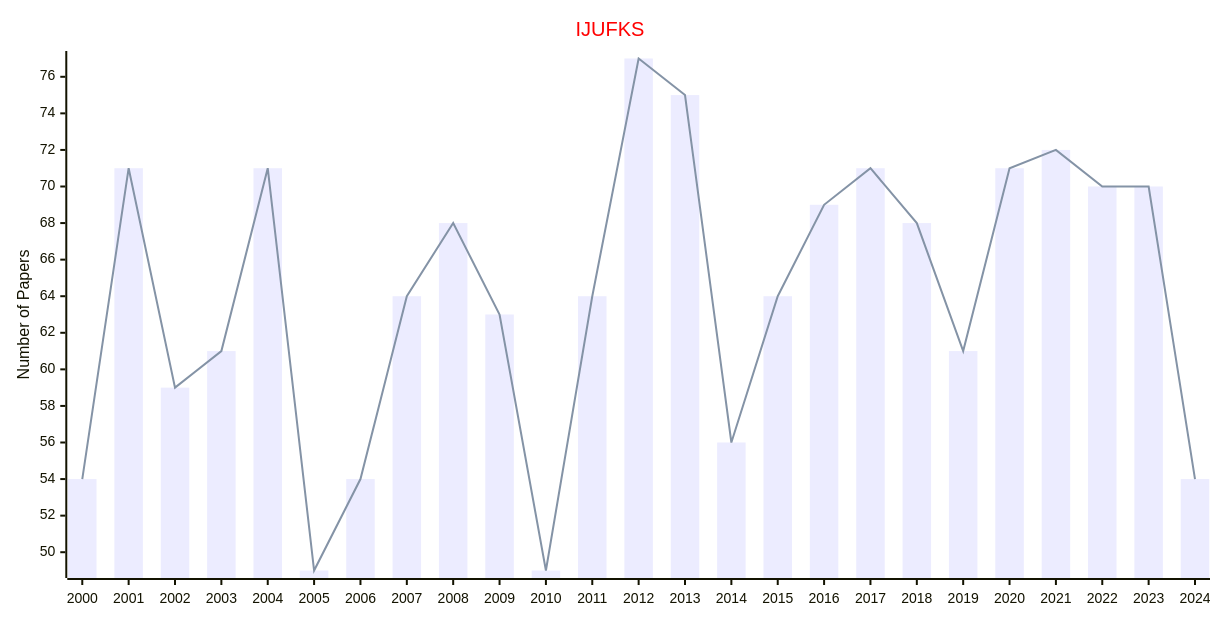
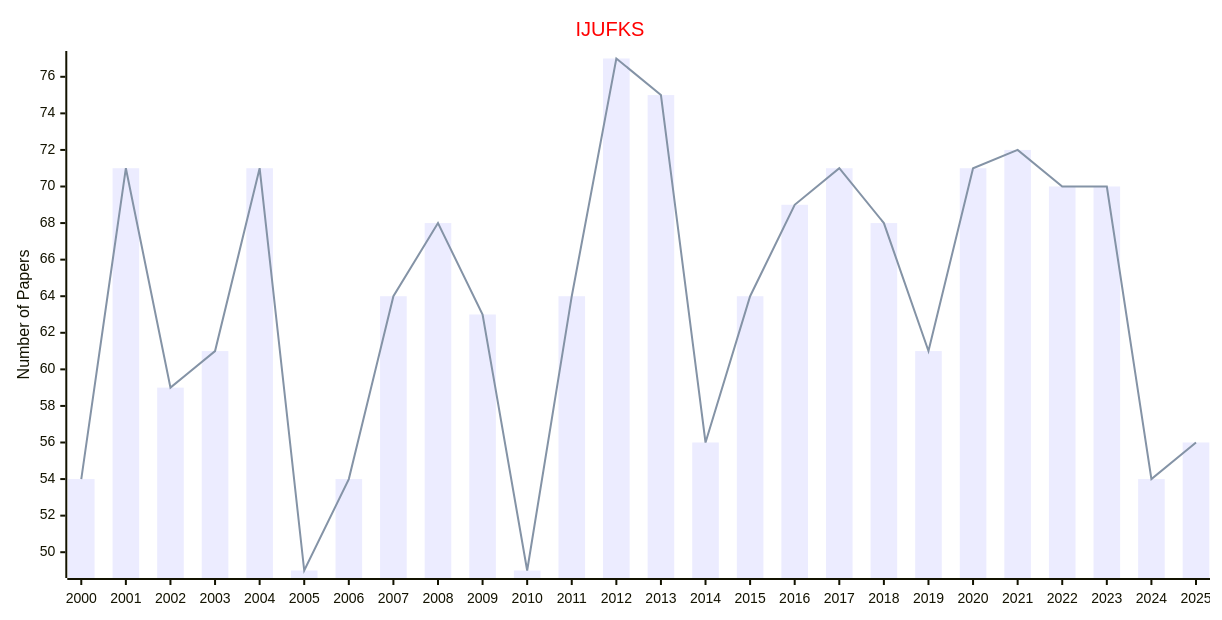
One commit to Easy-PhD/AILinks changed the diagram in docs/data/Journals/Statistics_Journals/Knowledge-Based_Systems.md. Above: the diagram before and after it, drawn with Mermaid. The commit also changed 93 other files, not shown here.

````diff
--- a/docs/data/Journals/Statistics_Journals/Knowledge-Based_Systems.md
+++ b/docs/data/Journals/Statistics_Journals/Knowledge-Based_Systems.md
@@ -9,17 +9,17 @@
 ```mermaid
 ---
 config:
     xyChart:
         width: 1200
         height: 600
     themeVariables:
         xyChart:
             titleColor: "#ff0000"
 ---
 xychart-beta
     title "IJUFKS"
-    x-axis [2000, 2001, 2002, 2003, 2004, 2005, 2006, 2007, 2008, 2009, 2010, 2011, 2012, 2013, 2014, 2015, 2016, 2017, 2018, 2019, 2020, 2021, 2022, 2023, 2024]
+    x-axis [2000, 2001, 2002, 2003, 2004, 2005, 2006, 2007, 2008, 2009, 2010, 2011, 2012, 2013, 2014, 2015, 2016, 2017, 2018, 2019, 2020, 2021, 2022, 2023, 2024, 2025]
     y-axis "Number of Papers"
-    bar [54, 71, 59, 61, 71, 49, 54, 64, 68, 63, 49, 64, 77, 75, 56, 64, 69, 71, 68, 61, 71, 72, 70, 70, 54]
-    line [54, 71, 59, 61, 71, 49, 54, 64, 68, 63, 49, 64, 77, 75, 56, 64, 69, 71, 68, 61, 71, 72, 70, 70, 54]
+    bar [54, 71, 59, 61, 71, 49, 54, 64, 68, 63, 49, 64, 77, 75, 56, 64, 69, 71, 68, 61, 71, 72, 70, 70, 54, 56]
+    line [54, 71, 59, 61, 71, 49, 54, 64, 68, 63, 49, 64, 77, 75, 56, 64, 69, 71, 68, 61, 71, 72, 70, 70, 54, 56]
 ```
````
